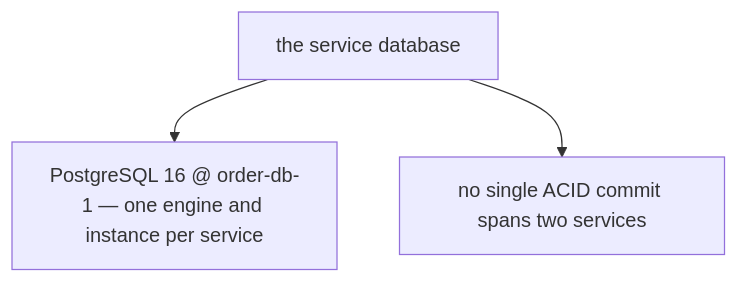
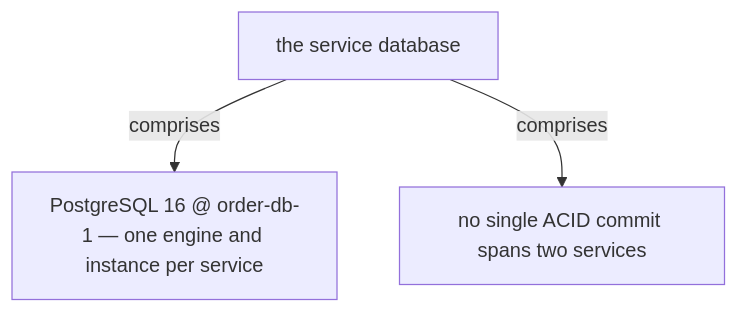
The eighth of 14 diagrams in docs/ch02-microservice-architecture.md (vinayakuber/microservices-io-study-guide), drawn with Mermaid before and after one commit. The commit also changed other lines of this file and 71 other files, not shown here.

First line of the commit message:
R18: label every diagram arrow with its meaning

````diff
--- a/docs/ch02-microservice-architecture.md
+++ b/docs/ch02-microservice-architecture.md
@@ -271,6 +271,6 @@
 ```mermaid
 flowchart TD
   R["the service database"]
-  R --> P0["PostgreSQL 16 @ order-db-1 — one engine and instance per service"]
-  R --> P1["no single ACID commit spans two services"]
+  R -->|"comprises"| P0["PostgreSQL 16 @ order-db-1 — one engine and instance per service"]
+  R -->|"comprises"| P1["no single ACID commit spans two services"]
 ```
````
